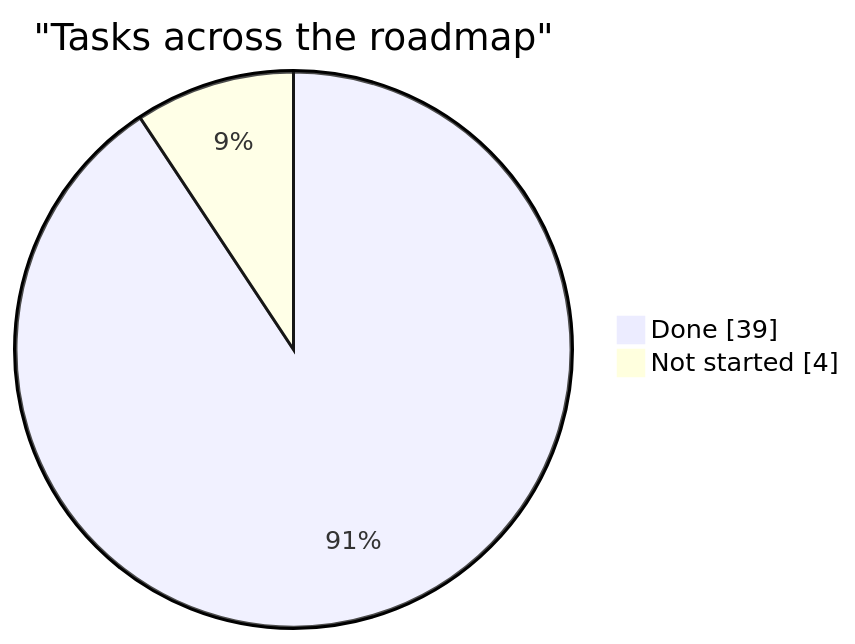
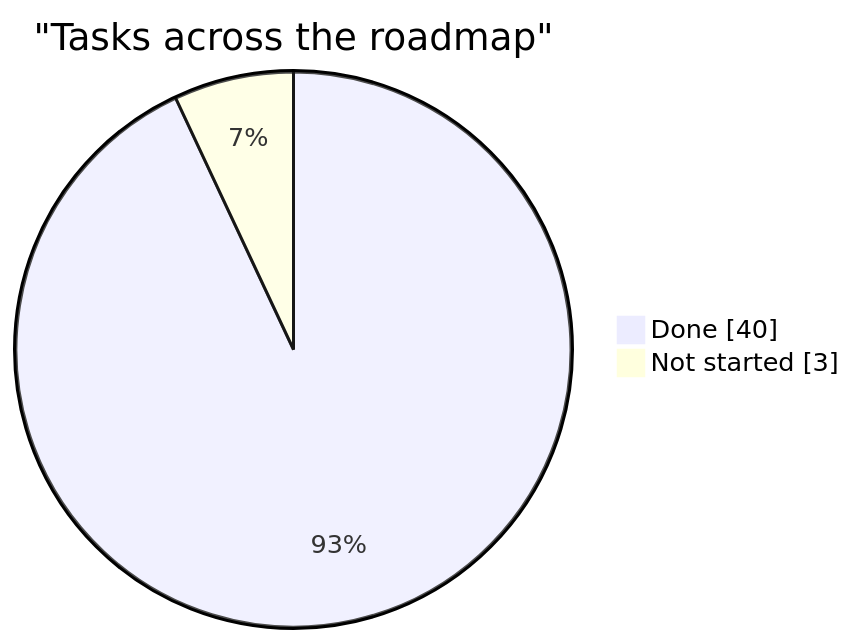
The diagram in docs/planning/status.md (AdamClemens/PyFlow), drawn with Mermaid before and after one commit. The commit also changed other lines of this file and 44 other files, not shown here.

````diff
--- a/docs/planning/status.md
+++ b/docs/planning/status.md
@@ -21,6 +21,6 @@
 ```mermaid
 pie showData
     title "Tasks across the roadmap"
-    "Done" : 39
-    "Not started" : 4
+    "Done" : 40
+    "Not started" : 3
 ```
````
